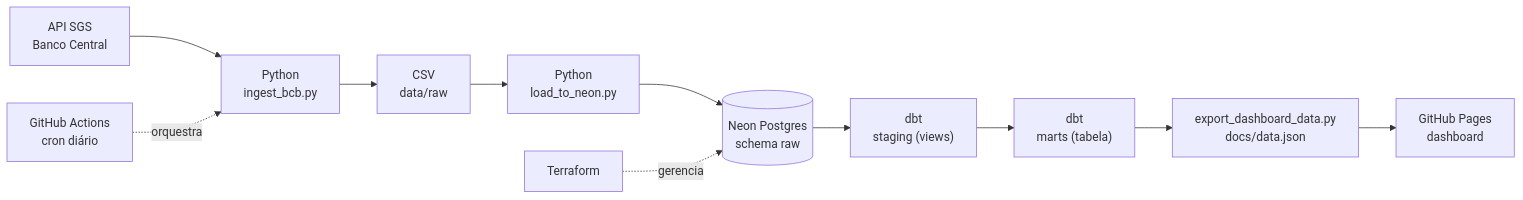
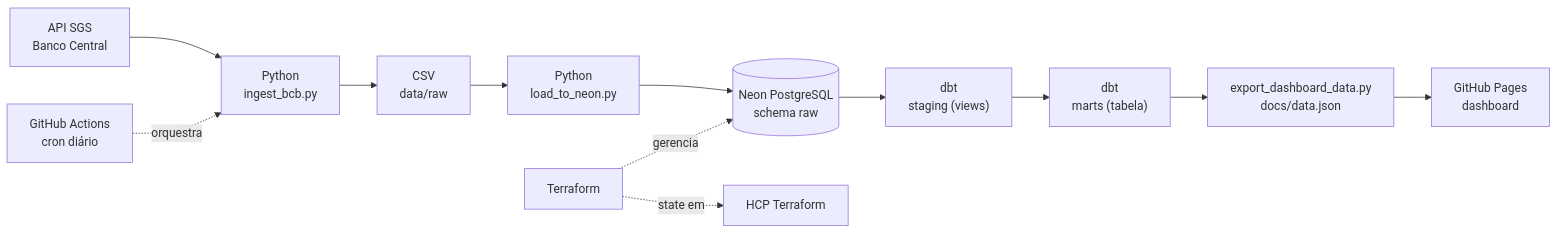
Before and after one commit to jpnovaes-data/projeto-indicadores-economicos-bcb: the diagram in README.md, drawn with Mermaid. The commit also changed other lines of this file and 3 other files, not shown here.

````diff
--- a/README.md
+++ b/README.md
@@ -11,13 +19,14 @@
 ```mermaid
 flowchart LR
     A["API SGS<br/>Banco Central"] --> B["Python<br/>ingest_bcb.py"]
     B --> C["CSV<br/>data/raw"]
     C --> D["Python<br/>load_to_neon.py"]
-    D --> E[("Neon Postgres<br/>schema raw")]
+    D --> E[("Neon PostgreSQL<br/>schema raw")]
     E --> F["dbt<br/>staging (views)"]
     F --> G["dbt<br/>marts (tabela)"]
     G --> H["export_dashboard_data.py<br/>docs/data.json"]
     H --> I["GitHub Pages<br/>dashboard"]
     J["Terraform"] -. "gerencia" .-> E
+    J -. "state em" .-> L["HCP Terraform"]
     K["GitHub Actions<br/>cron diário"] -. "orquestra" .-> B
 ```
````
